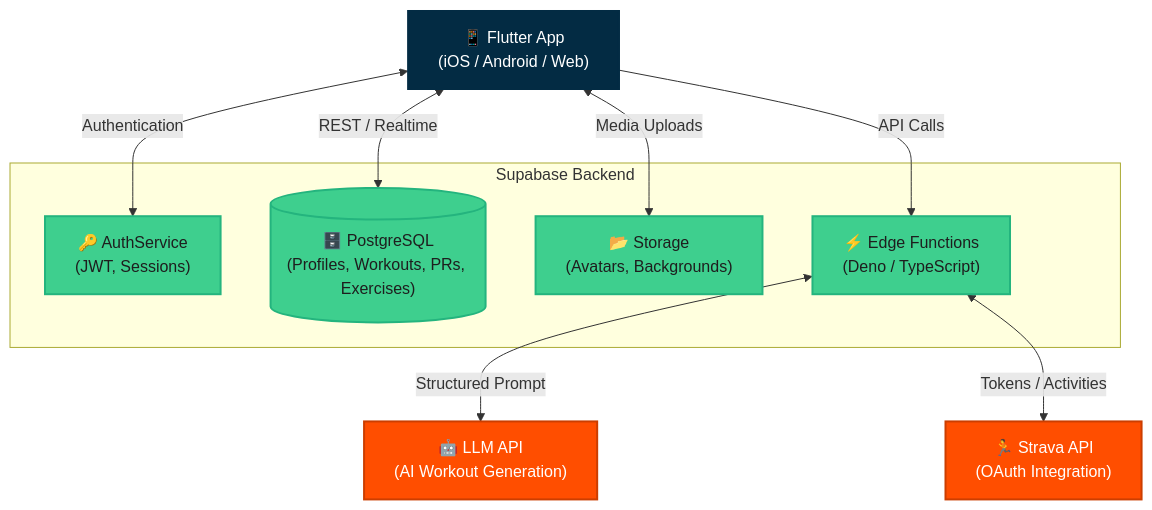
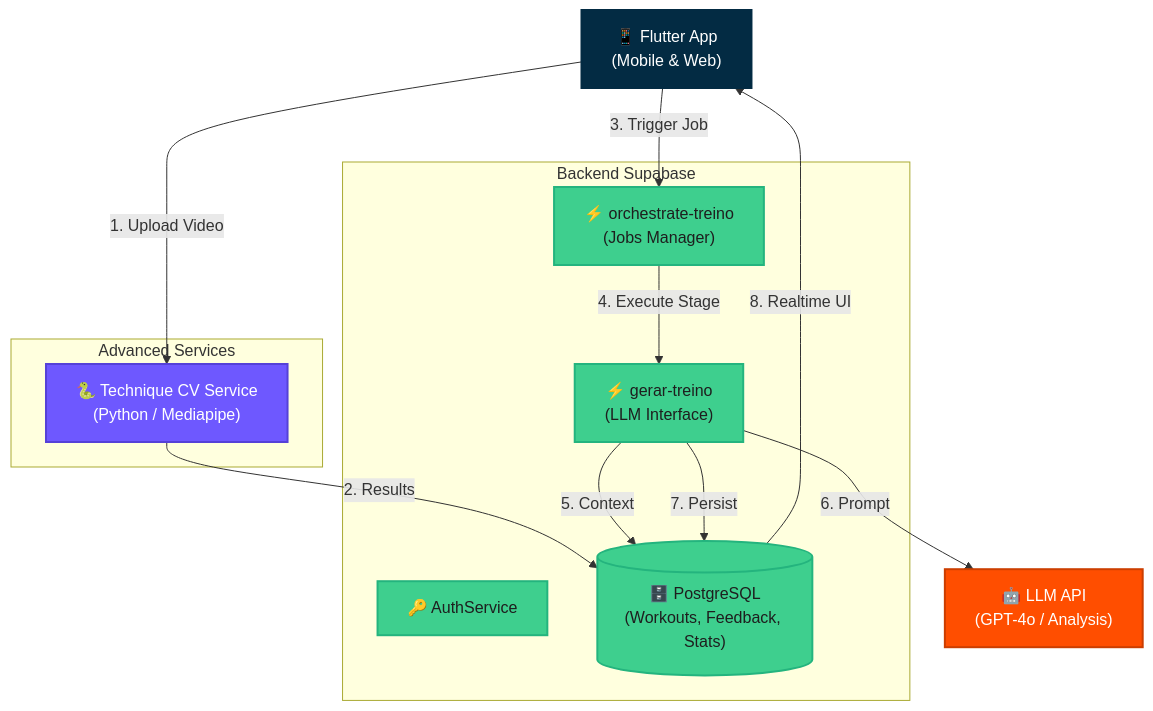
The first of 3 diagrams in README.md (samuel-haddad/holy-squat-app), drawn with Mermaid before and after one commit. The commit also changed other lines of this file and 2 other files, not shown here.

````diff
--- a/README.md
+++ b/README.md
@@ -60,26 +43,31 @@
 ```mermaid
 graph TD
     classDef client fill:#032b43,stroke:#032b43,stroke-width:2px,color:#fff;
     classDef supabase fill:#3ecf8e,stroke:#24b47e,stroke-width:2px,color:#1e1e1e;
     classDef external fill:#FF4E00,stroke:#CC3E00,stroke-width:2px,color:#fff;
+    classDef service fill:#6e58ff,stroke:#5541d8,stroke-width:2px,color:#fff;
 
-    Client["📱 Flutter App<br>(iOS / Android / Web)"]:::client
+    Client["📱 Flutter App<br>(Mobile & Web)"]:::client
     
-    subgraph Supabase [Supabase Backend]
-        Auth["🔑 AuthService<br>(JWT, Sessions)"]:::supabase
-        DB[("🗄️ PostgreSQL<br>(Profiles, Workouts, PRs, Exercises)")]:::supabase
-        Storage["📂 Storage<br>(Avatars, Backgrounds)"]:::supabase
-        Functions["⚡ Edge Functions<br>(Deno / TypeScript)"]:::supabase
+    subgraph Supabase [Backend Supabase]
+        Auth["🔑 AuthService"]:::supabase
+        DB[("🗄️ PostgreSQL<br>(Workouts, Feedback, Stats)")]:::supabase
+        Orchestrator["⚡ orchestrate-treino<br>(Jobs Manager)"]:::supabase
+        Worker["⚡ gerar-treino<br>(LLM Interface)"]:::supabase
     end
     
-    ExternalLLM["🤖 LLM API<br>(AI Workout Generation)"]:::external
-    ExternalStrava["🏃 Strava API<br>(OAuth Integration)"]:::external
+    subgraph Analysis [Advanced Services]
+        CV_Service["🐍 Technique CV Service<br>(Python / Mediapipe)"]:::service
+    end
     
-    Client <-->|"Authentication"| Auth
-    Client <-->|"REST / Realtime"| DB
-    Client <-->|"Media Uploads"| Storage
-    Client -->|"API Calls"| Functions
+    ExternalLLM["🤖 LLM API<br>(GPT-4o / Analysis)"]:::external
     
-    Functions <-->|"Structured Prompt"| ExternalLLM
-    Functions <-->|"Tokens / Activities"| ExternalStrava
+    Client -->|"1. Upload Video"| CV_Service
+    CV_Service -->|"2. Results"| DB
+    Client -->|"3. Trigger Job"| Orchestrator
+    Orchestrator -->|"4. Execute Stage"| Worker
+    Worker -->|"5. Context"| DB
+    Worker -->|"6. Prompt"| ExternalLLM
+    Worker -->|"7. Persist"| DB
+    DB -->|"8. Realtime UI"| Client
 ```
````
